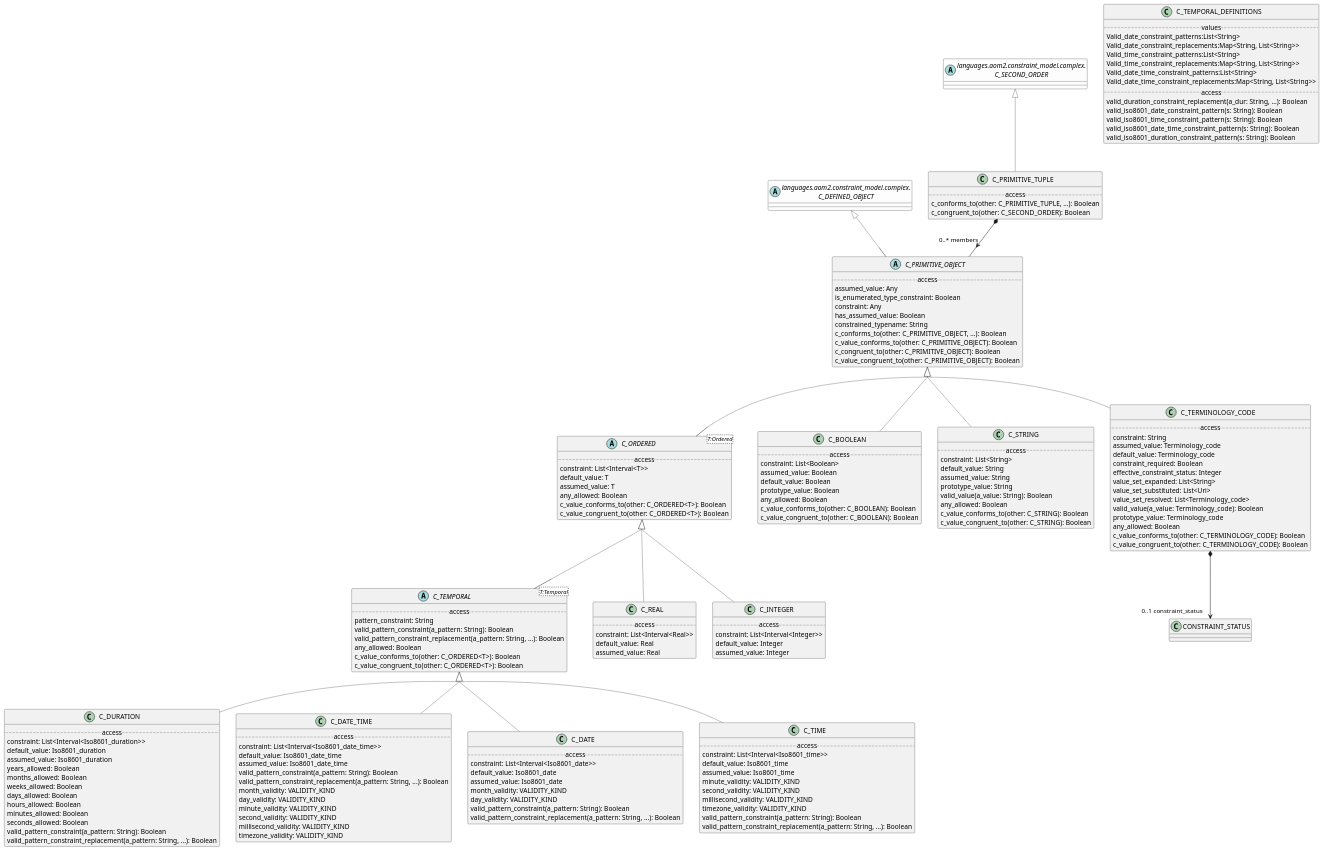
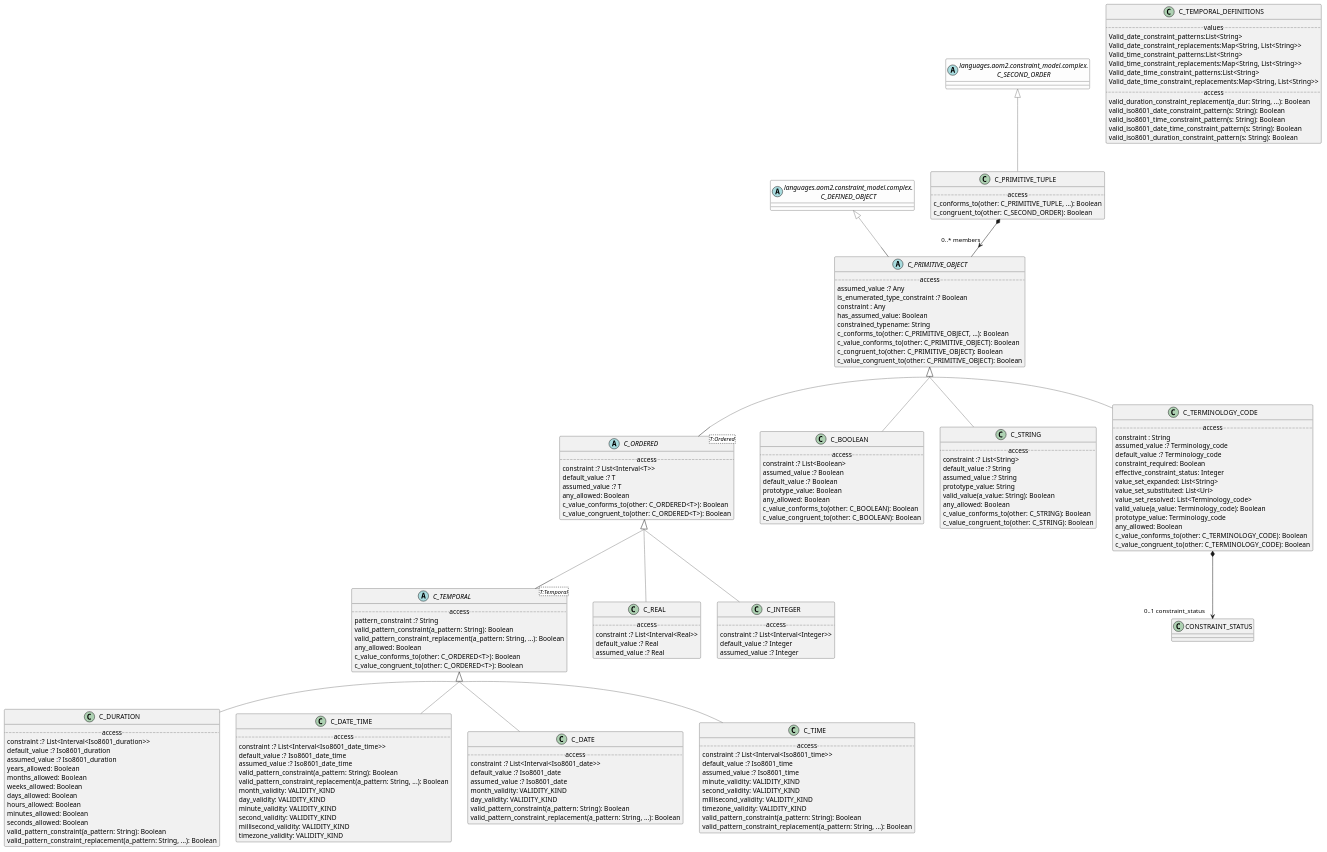
The diagram in modules/ROOT/examples/bmm/languages/aom2/constraint_model/primitive/primitive-package-uml.adoc (wolandscat/openehr-doc), drawn with PlantUML before and after one commit. The commit also changed 1814 other files, not shown here.

```diff
--- a/modules/ROOT/examples/bmm/languages/aom2/constraint_model/primitive/primitive-package-uml.adoc
+++ b/modules/ROOT/examples/bmm/languages/aom2/constraint_model/primitive/primitive-package-uml.adoc
@@ -8,9 +8,9 @@
 
 class C_BOOLEAN [[/openehr-doc/latest/languages/aom2-gen.html#_class_c_boolean]] {
         .. access ..
-        constraint: List<Boolean>
-        assumed_value: Boolean
-        default_value: Boolean
+        constraint :? List<Boolean>
+        assumed_value :? Boolean
+        default_value :? Boolean
         prototype_value: Boolean
         any_allowed: Boolean
         c_value_conforms_to(other: C_BOOLEAN): Boolean
@@ -22,9 +22,9 @@
 
 class C_REAL [[/openehr-doc/latest/languages/aom2-gen.html#_class_c_real]] {
         .. access ..
-        constraint: List<Interval<Real>>
-        default_value: Real
-        assumed_value: Real
+        constraint :? List<Interval<Real>>
+        default_value :? Real
+        assumed_value :? Real
 }
 
 C_REAL -[#gray]up-|> C_ORDERED  
@@ -32,7 +32,7 @@
 
 abstract class C_TEMPORAL<T:Temporal> [[/openehr-doc/latest/languages/aom2-gen.html#_class_c_temporal]] {
         .. access ..
-        pattern_constraint: String
+        pattern_constraint :? String
         valid_pattern_constraint(a_pattern: String): Boolean
         valid_pattern_constraint_replacement(a_pattern: String, ...): Boolean
         any_allowed: Boolean
@@ -59,12 +59,11 @@
         valid_iso8601_duration_constraint_pattern(s: String): Boolean
 }
 
-
 class C_DURATION [[/openehr-doc/latest/languages/aom2-gen.html#_class_c_duration]] {
         .. access ..
-        constraint: List<Interval<Iso8601_duration>>
-        default_value: Iso8601_duration
-        assumed_value: Iso8601_duration
+        constraint :? List<Interval<Iso8601_duration>>
+        default_value :? Iso8601_duration
+        assumed_value :? Iso8601_duration
         years_allowed: Boolean
         months_allowed: Boolean
         weeks_allowed: Boolean
@@ -81,9 +80,9 @@
 
 class C_DATE_TIME [[/openehr-doc/latest/languages/aom2-gen.html#_class_c_date_time]] {
         .. access ..
-        constraint: List<Interval<Iso8601_date_time>>
-        default_value: Iso8601_date_time
-        assumed_value: Iso8601_date_time
+        constraint :? List<Interval<Iso8601_date_time>>
+        default_value :? Iso8601_date_time
+        assumed_value :? Iso8601_date_time
         valid_pattern_constraint(a_pattern: String): Boolean
         valid_pattern_constraint_replacement(a_pattern: String, ...): Boolean
         month_validity: VALIDITY_KIND
@@ -99,9 +98,9 @@
 
 class C_DATE [[/openehr-doc/latest/languages/aom2-gen.html#_class_c_date]] {
         .. access ..
-        constraint: List<Interval<Iso8601_date>>
-        default_value: Iso8601_date
-        assumed_value: Iso8601_date
+        constraint :? List<Interval<Iso8601_date>>
+        default_value :? Iso8601_date
+        assumed_value :? Iso8601_date
         month_validity: VALIDITY_KIND
         day_validity: VALIDITY_KIND
         valid_pattern_constraint(a_pattern: String): Boolean
@@ -124,9 +123,9 @@
 
 class C_INTEGER [[/openehr-doc/latest/languages/aom2-gen.html#_class_c_integer]] {
         .. access ..
-        constraint: List<Interval<Integer>>
-        default_value: Integer
-        assumed_value: Integer
+        constraint :? List<Interval<Integer>>
+        default_value :? Integer
+        assumed_value :? Integer
 }
 
 C_INTEGER -[#gray]up-|> C_ORDERED  
@@ -134,9 +133,9 @@
 
 class C_STRING [[/openehr-doc/latest/languages/aom2-gen.html#_class_c_string]] {
         .. access ..
-        constraint: List<String>
-        default_value: String
-        assumed_value: String
+        constraint :? List<String>
+        default_value :? String
+        assumed_value :? String
         prototype_value: String
         valid_value(a_value: String): Boolean
         any_allowed: Boolean
@@ -149,9 +148,9 @@
 
 class C_TIME [[/openehr-doc/latest/languages/aom2-gen.html#_class_c_time]] {
         .. access ..
-        constraint: List<Interval<Iso8601_time>>
-        default_value: Iso8601_time
-        assumed_value: Iso8601_time
+        constraint :? List<Interval<Iso8601_time>>
+        default_value :? Iso8601_time
+        assumed_value :? Iso8601_time
         minute_validity: VALIDITY_KIND
         second_validity: VALIDITY_KIND
         millisecond_validity: VALIDITY_KIND
@@ -165,9 +164,9 @@
 
 abstract class C_PRIMITIVE_OBJECT [[/openehr-doc/latest/languages/aom2-gen.html#_class_c_primitive_object]] {
         .. access ..
-        assumed_value: Any
-        is_enumerated_type_constraint: Boolean
-        constraint: Any
+        assumed_value :? Any
+        is_enumerated_type_constraint :? Boolean
+        constraint : Any
         has_assumed_value: Boolean
         constrained_typename: String
         c_conforms_to(other: C_PRIMITIVE_OBJECT, ...): Boolean
@@ -181,9 +180,9 @@
 
 abstract class C_ORDERED<T:Ordered> [[/openehr-doc/latest/languages/aom2-gen.html#_class_c_ordered]] {
         .. access ..
-        constraint: List<Interval<T>>
-        default_value: T
-        assumed_value: T
+        constraint :? List<Interval<T>>
+        default_value :? T
+        assumed_value :? T
         any_allowed: Boolean
         c_value_conforms_to(other: C_ORDERED<T>): Boolean
         c_value_congruent_to(other: C_ORDERED<T>): Boolean
@@ -194,9 +193,9 @@
 
 class C_TERMINOLOGY_CODE [[/openehr-doc/latest/languages/aom2-gen.html#_class_c_terminology_code]] {
         .. access ..
-        constraint: String
-        assumed_value: Terminology_code
-        default_value: Terminology_code
+        constraint : String
+        assumed_value :? Terminology_code
+        default_value :? Terminology_code
         constraint_required: Boolean
         effective_constraint_status: Integer
         value_set_expanded: List<String>
```
